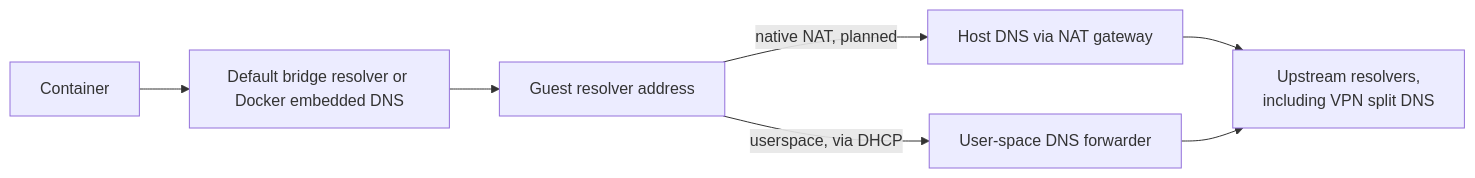
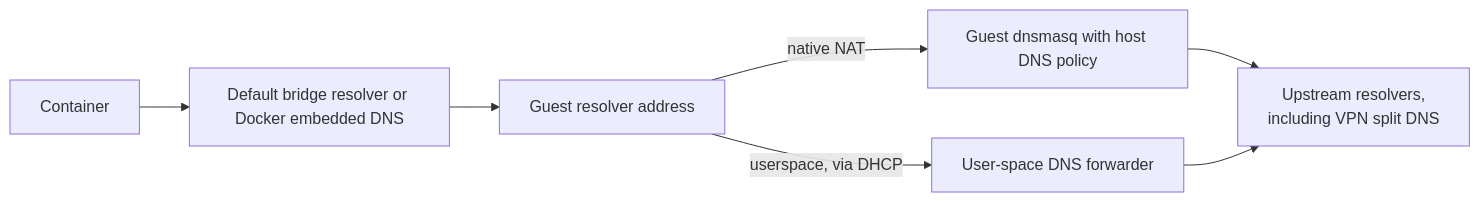
Before and after one commit to nasraldin/marsa: the third of 3 diagrams in docs/06-networking.md, drawn with Mermaid. The commit also changed other lines of this file and 40 other files, not shown here.

Commit message:
M4-08: resolve native host aliases and refresh scoped DNS in running containers

````diff
--- a/docs/06-networking.md
+++ b/docs/06-networking.md
@@ -215,9 +215,9 @@
 ```mermaid
 flowchart LR
     c["Container"] --> ed["Default bridge resolver or Docker embedded DNS"]
     ed --> gr["Guest resolver address"]
-    gr -->|native NAT, planned| hd["Host DNS via NAT gateway"]
+    gr -->|native NAT| hd["Guest dnsmasq with host DNS policy"]
     gr -->|userspace, via DHCP| ud["User-space DNS forwarder"]
     hd --> up["Upstream resolvers,<br/>including VPN split DNS"]
     ud --> up
 ```
````
